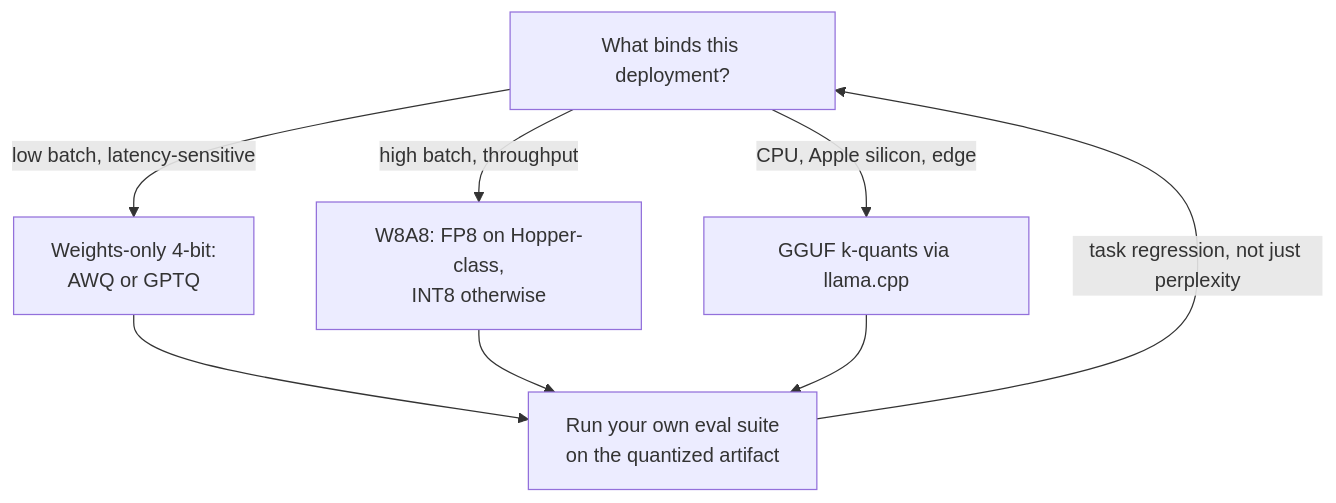
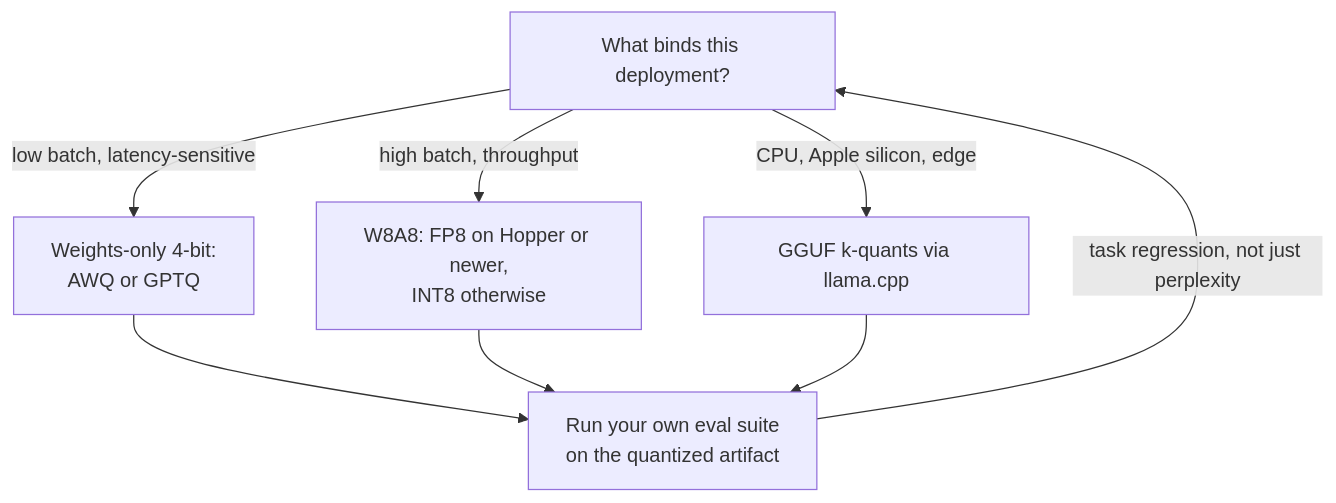
Before and after one commit to mmousom/AI-Engineer-Interview-Questions: diagram 11 of 28 in 08-inference-and-production/questions.md, drawn with Mermaid. The commit also changed other lines of this file and 21 other files, not shown here.

````diff
--- a/08-inference-and-production/questions.md
+++ b/08-inference-and-production/questions.md
@@ -504,10 +529,10 @@
 ```mermaid
 flowchart TD
     Q["What binds this deployment?"] -->|"low batch, latency-sensitive"| W["Weights-only 4-bit:<br/>AWQ or GPTQ"]
-    Q -->|"high batch, throughput"| A["W8A8: FP8 on Hopper-class,<br/>INT8 otherwise"]
+    Q -->|"high batch, throughput"| A["W8A8: FP8 on Hopper or newer,<br/>INT8 otherwise"]
     Q -->|"CPU, Apple silicon, edge"| G["GGUF k-quants via llama.cpp"]
     W --> E["Run your own eval suite<br/>on the quantized artifact"]
     A --> E
     G --> E
     E -->|"task regression, not just perplexity"| Q
 ```
````
